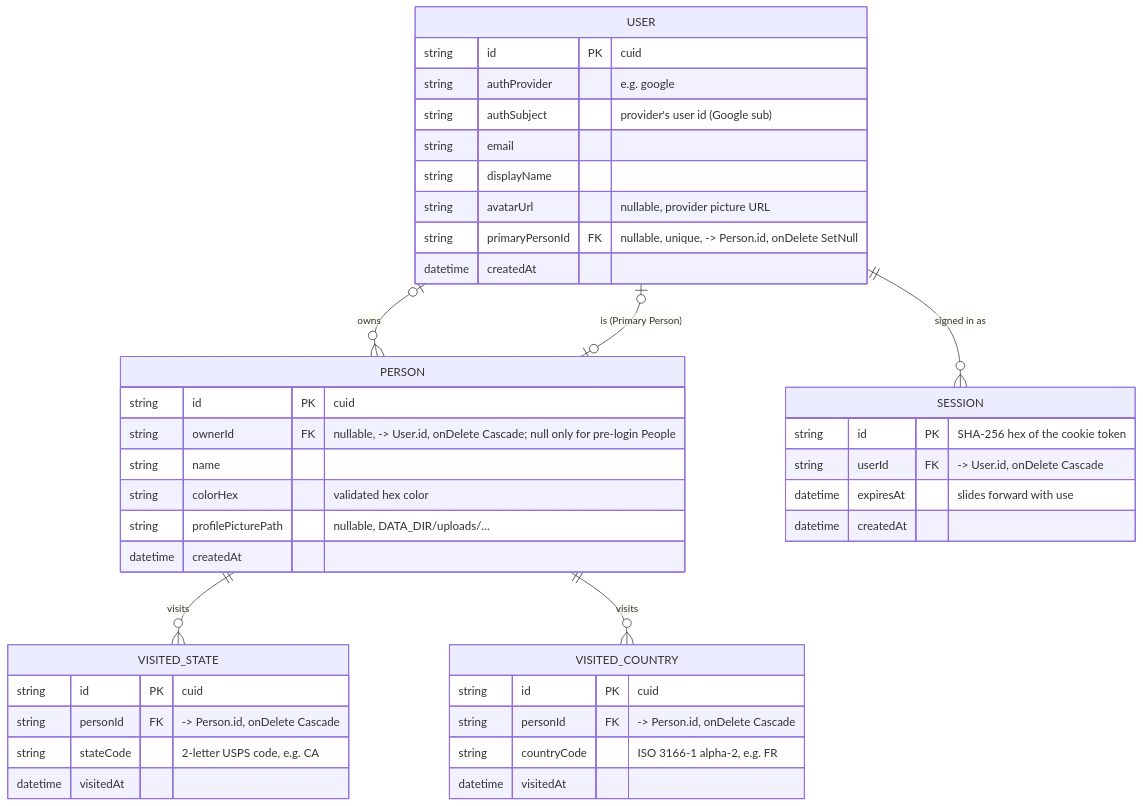
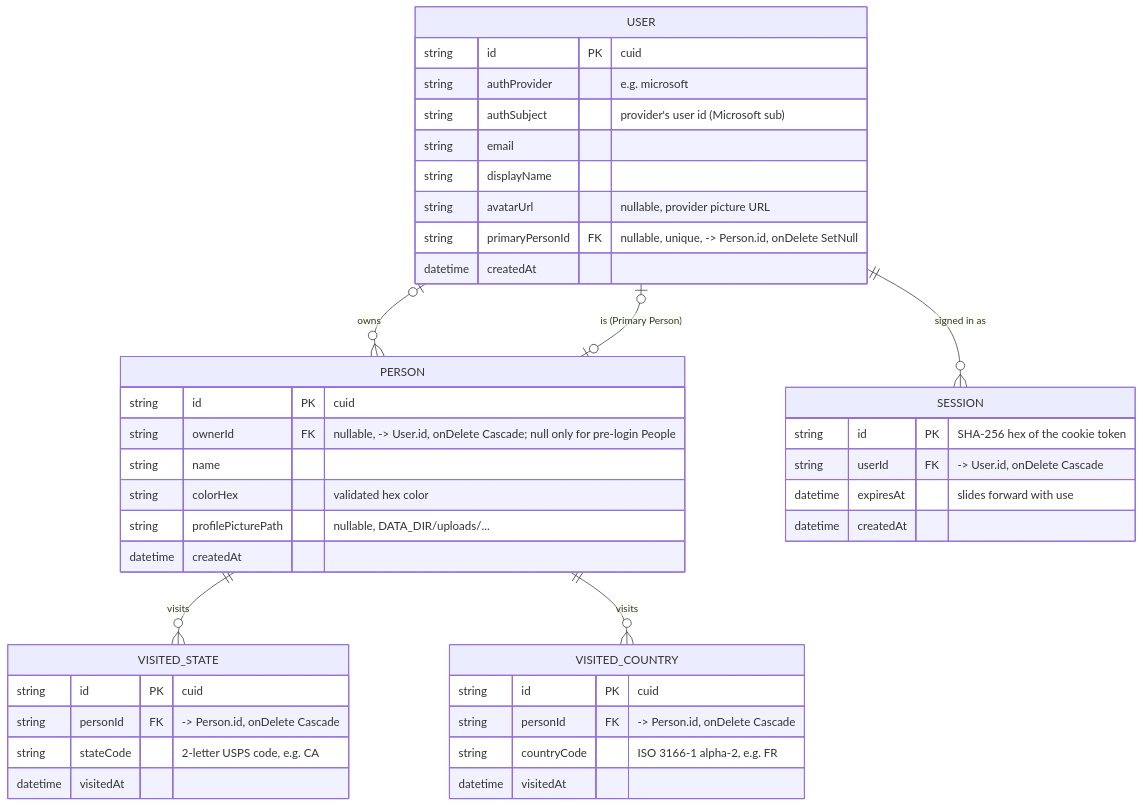
Before and after one commit to BobbyJoeCool/FamilyPassportMap: the diagram in Documentation/diagrams/ERD.mmd, drawn with Mermaid. The commit also changed 27 other files, not shown here.

First line of the commit message:
Switch sign-in from Google to Microsoft (#13)

```diff
--- a/Documentation/diagrams/ERD.mmd
+++ b/Documentation/diagrams/ERD.mmd
@@ -1,66 +1,66 @@
 %% FamilyPassportMap — Master Entity-Relationship Diagram
 %% This is the single source of truth for the database schema. It must always match
 %% apps/server/prisma/schema.prisma exactly — see CLAUDE.md's "Diagram Sync Requirements".
 %% Implemented as of v2.3.0 / Phase 12 (migrations 20260812220505_add_person_and_visited_state,
 %% 20260916173026_add_visited_country, 20261019212746_add_user_and_session,
 %% 20261020153324_add_person_owner, 20261020172320_add_primary_person).
 
 erDiagram
     PERSON ||--o{ VISITED_STATE : "visits"
     PERSON ||--o{ VISITED_COUNTRY : "visits"
     USER ||--o{ SESSION : "signed in as"
     USER |o--o{ PERSON : "owns"
     USER |o--o| PERSON : "is (Primary Person)"
 
     PERSON {
         string id PK "cuid"
         string ownerId FK "nullable, -> User.id, onDelete Cascade; null only for pre-login People"
         string name
         string colorHex "validated hex color"
         string profilePicturePath "nullable, DATA_DIR/uploads/..."
         datetime createdAt
     }
 
     VISITED_STATE {
         string id PK "cuid"
         string personId FK "-> Person.id, onDelete Cascade"
         string stateCode "2-letter USPS code, e.g. CA"
         datetime visitedAt
     }
 
     VISITED_COUNTRY {
         string id PK "cuid"
         string personId FK "-> Person.id, onDelete Cascade"
         string countryCode "ISO 3166-1 alpha-2, e.g. FR"
         datetime visitedAt
     }
 
     USER {
         string id PK "cuid"
-        string authProvider "e.g. google"
-        string authSubject "provider's user id (Google sub)"
+        string authProvider "e.g. microsoft"
+        string authSubject "provider's user id (Microsoft sub)"
         string email
         string displayName
         string avatarUrl "nullable, provider picture URL"
         string primaryPersonId FK "nullable, unique, -> Person.id, onDelete SetNull"
         datetime createdAt
     }
 
     SESSION {
         string id PK "SHA-256 hex of the cookie token"
         string userId FK "-> User.id, onDelete Cascade"
         datetime expiresAt "slides forward with use"
         datetime createdAt
     }
 
     %% USER (authProvider, authSubject) is unique — one User per provider identity.
     %% USER.primaryPersonId is unique (one User per Person) and null only before the welcome
     %% step; deleting that Person sets it back to null.
     %% Deleting a User cascade-deletes their Sessions and the People they own (and so those
     %% People's visits). PERSON.ownerId and SESSION.userId are indexed.
     %% Unique constraints: VISITED_STATE (personId, stateCode) and
     %% VISITED_COUNTRY (personId, countryCode) — a person can only have one row per
     %% state, and one row per country.
     %% Deleting a Person cascade-deletes both their VisitedState and VisitedCountry rows.
     %% VISITED_STATE and VISITED_COUNTRY are fully independent — no relation between them,
     %% and marking the US as a visited country has no link to any visited states.
```
